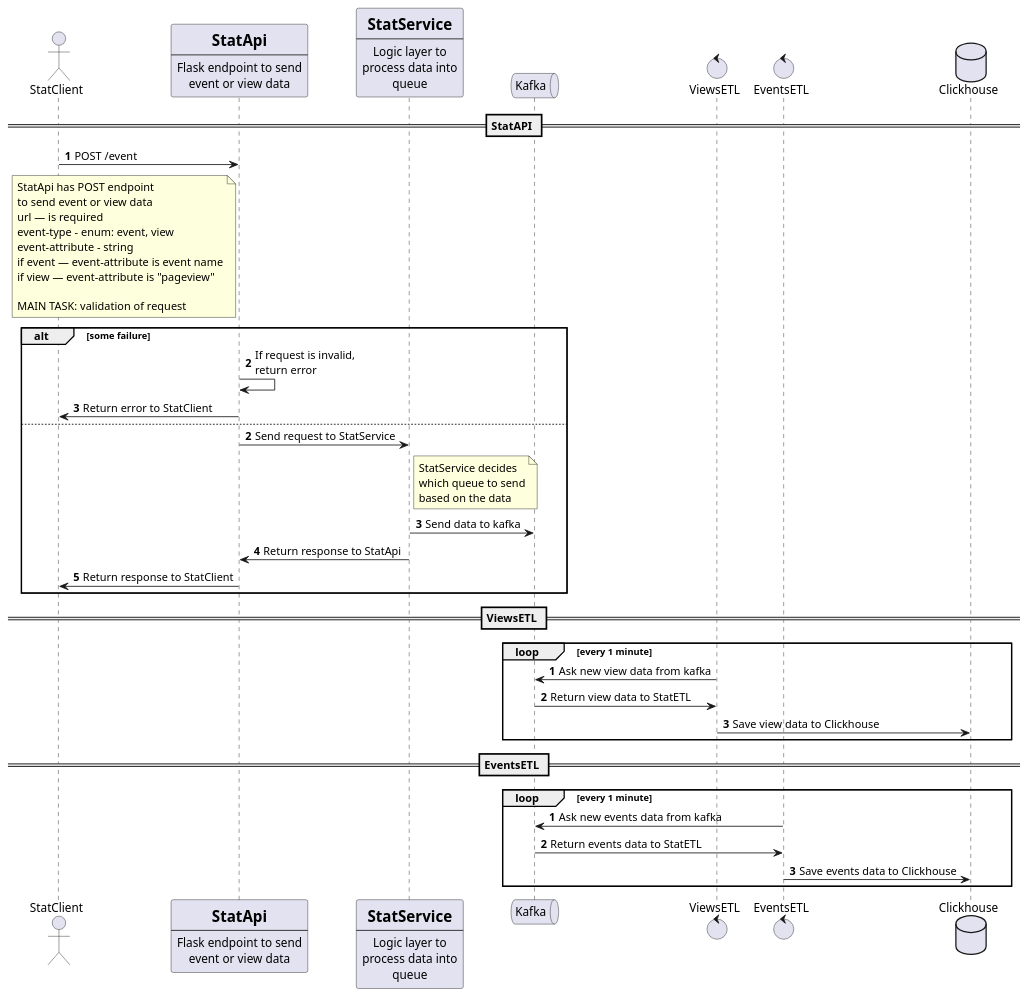
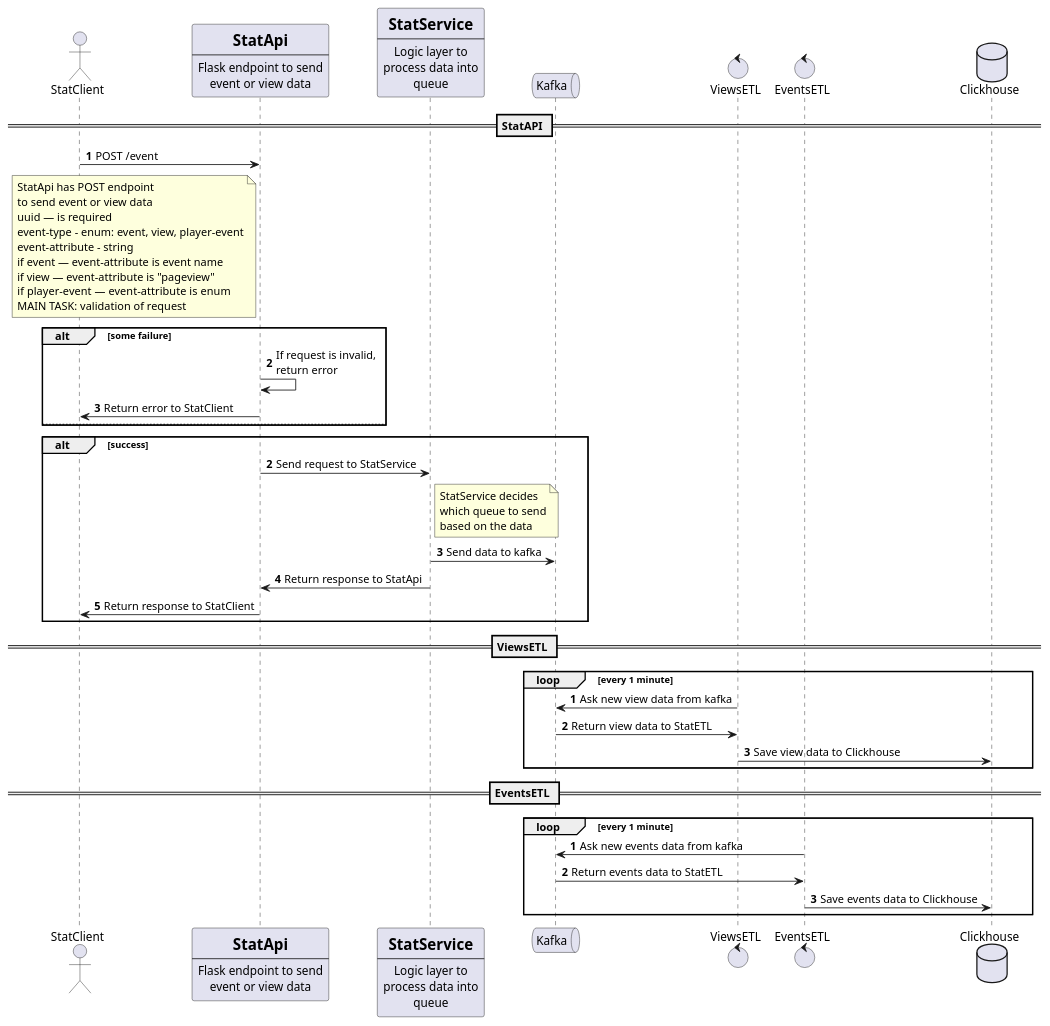
One commit to artwist-polyakov/Auth_sprint_1 changed the diagram in docs/stat-seq.puml. Above: the diagram before and after it, drawn with PlantUML. The commit also changed 2 other files, not shown here.

```diff
--- a/docs/stat-seq.puml
+++ b/docs/stat-seq.puml
@@ -1,82 +1,80 @@
 @startuml
 'https://plantuml.com/sequence-diagram
 
 
 actor StatClient
 
 
 participant StatApi [
     =StatApi
     ----
     Flask endpoint to send
     event or view data
 ]
 participant StatService[
     =StatService
     ----
     Logic layer to
     process data into
     queue
 ]
 queue Kafka
 control ViewsETL
 control EventsETL
 database Clickhouse
 
 
 autonumber
 
 == StatAPI ==
 
 StatClient -> StatApi: POST /event
 note left of StatApi
     StatApi has POST endpoint
     to send event or view data
-    url — is required
-    event-type - enum: event, view
+    uuid — is required
+    event-type - enum: event, view, player-event
     event-attribute - string
     if event — event-attribute is event name
     if view — event-attribute is "pageview"
-
+    if player-event — event-attribute is  enum
     MAIN TASK: validation of request
 end note
 alt some failure
 StatApi -> StatApi: If request is invalid,\nreturn error
-
 StatApi -> StatClient: Return error to StatClient
 else
+end
 autonumber stop
 autonumber  2
+alt success
 StatApi -> StatService: Send request to StatService
 note right of StatService
     StatService decides
     which queue to send
     based on the data
 end note
 
 StatService -> Kafka: Send data to kafka
-
-
 StatService -> StatApi: Return response to StatApi
-
 StatApi -> StatClient: Return response to StatClient
 end
 autonumber stop
 
 == ViewsETL ==
 autonumber
 loop every 1 minute
 ViewsETL -> Kafka: Ask new view data from kafka
 Kafka -> ViewsETL: Return view data to StatETL
 ViewsETL -> Clickhouse: Save view data to Clickhouse
 end
 autonumber stop
 == EventsETL ==
 autonumber
 loop every 1 minute
 EventsETL -> Kafka: Ask new events data from kafka
 Kafka -> EventsETL: Return events data to StatETL
 EventsETL -> Clickhouse: Save events data to Clickhouse
 end
 autonumber stop
 @enduml
```
